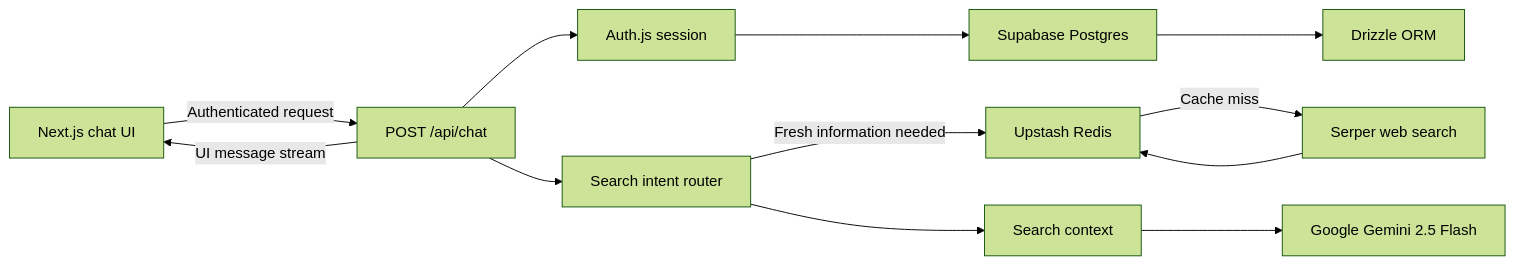
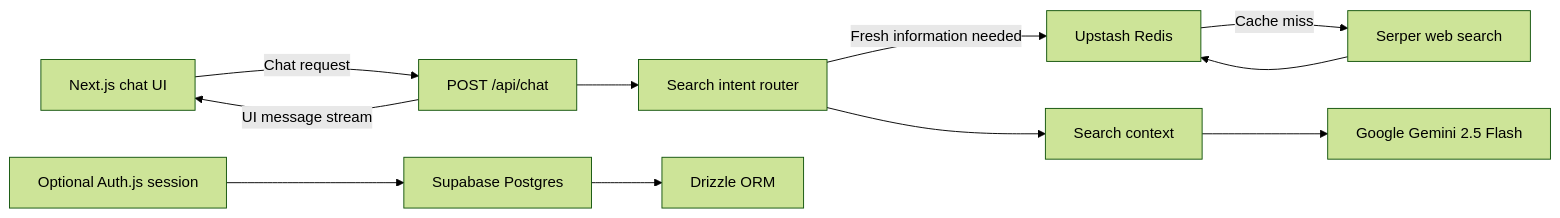
One commit to yshdev27/deepsearch changed the diagram in README.md. Above: the diagram before and after it, drawn with Mermaid (forest theme). The commit also changed other lines of this file and 3 other files, not shown here.

````diff
--- a/README.md
+++ b/README.md
@@ -41,15 +41,14 @@
 ```mermaid
 flowchart LR
-    Browser["Next.js chat UI"] -->|Authenticated request| API["POST /api/chat"]
-    API --> Auth["Auth.js session"]
+    Browser["Next.js chat UI"] -->|Chat request| API["POST /api/chat"]
     API --> Router["Search intent router"]
     Router -->|Fresh information needed| Cache["Upstash Redis"]
     Cache -->|Cache miss| Serper["Serper web search"]
     Serper --> Cache
     Router --> Context["Search context"]
     Context --> Gemini["Google Gemini 2.5 Flash"]
     API -->|UI message stream| Browser
 
-    Auth --> Postgres["Supabase Postgres"]
+    Auth["Optional Auth.js session"] --> Postgres["Supabase Postgres"]
     Postgres --> Drizzle["Drizzle ORM"]
 ```
````
